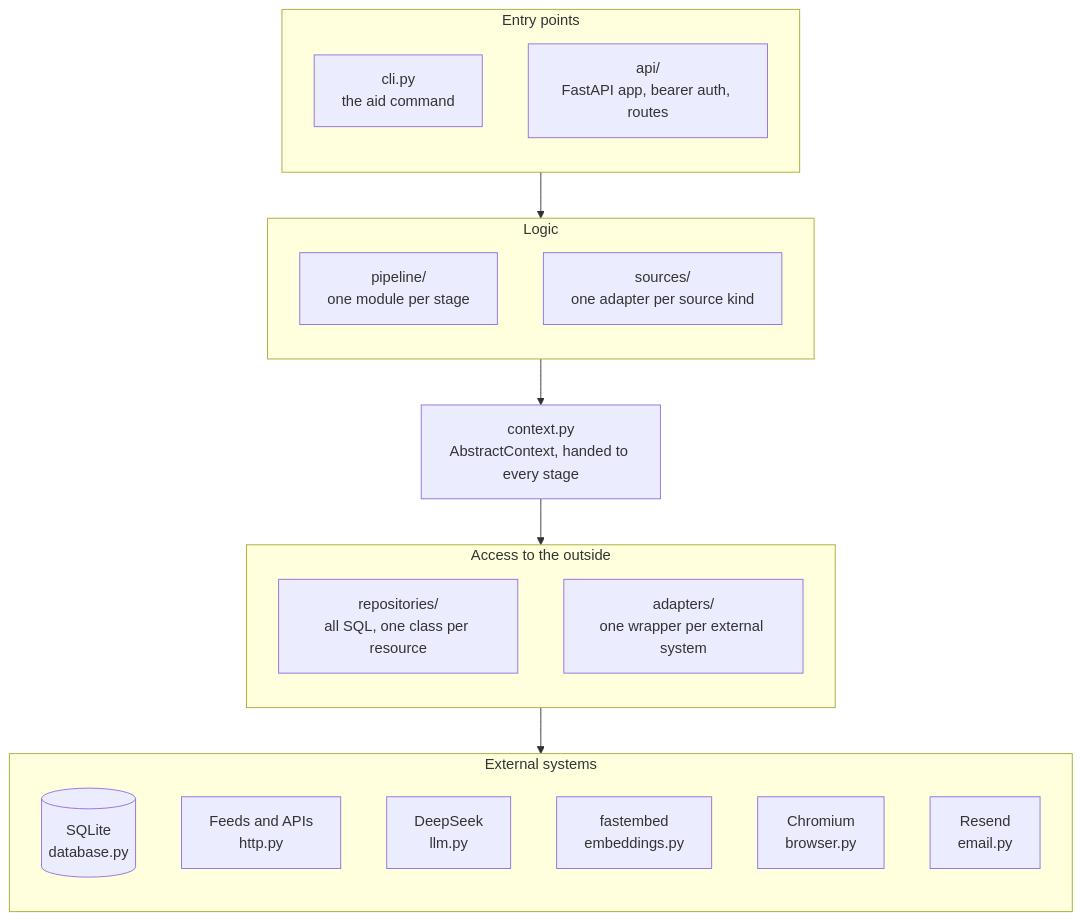
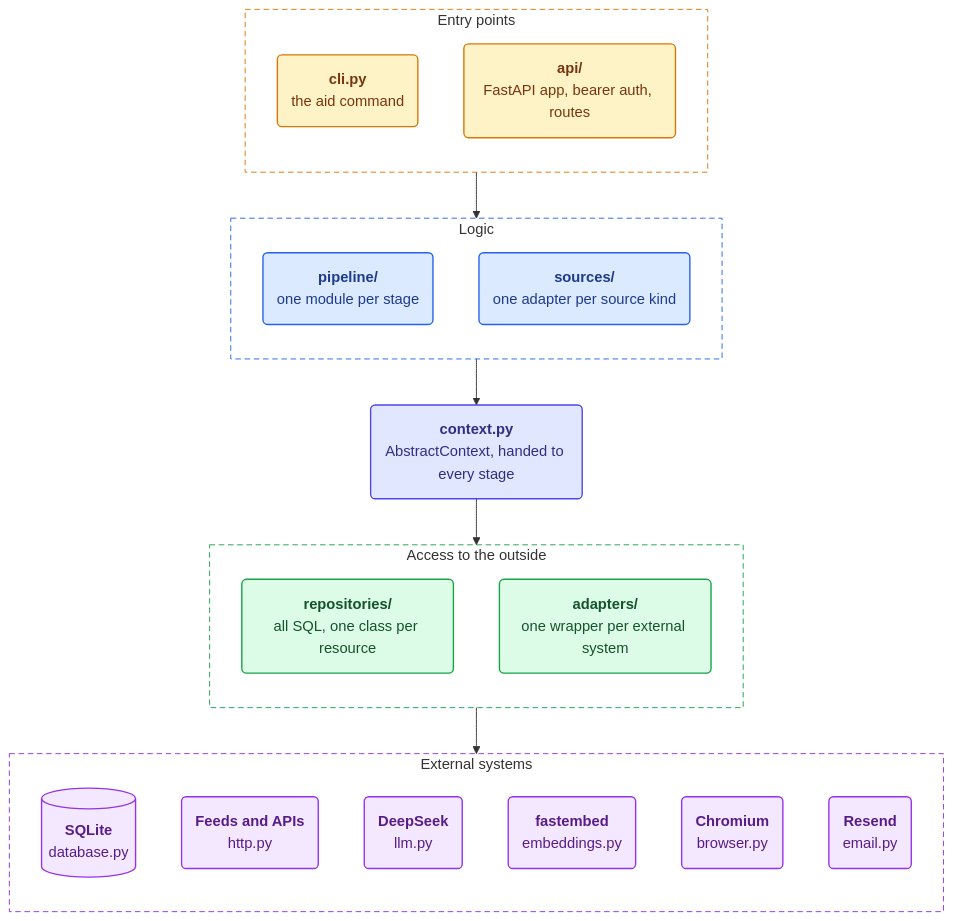
Before and after one commit to ItisHuskie777/ai-infra-daily-server: the third of 3 diagrams in README.md, drawn with Mermaid. The commit also changed other lines of this file, not shown here.

First line of the commit message:
docs: colour the architecture diagrams by role

````diff
--- a/README.md
+++ b/README.md
@@ -116,37 +150,52 @@
 ```mermaid
 flowchart TB
     subgraph ENTRY["Entry points"]
         direction TB
-        CLICMD["cli.py<br/>the aid command"]
-        HTTPAPI["api/<br/>FastAPI app, bearer auth, routes"]
+        CLICMD("<b>cli.py</b><br/>the aid command")
+        HTTPAPI("<b>api/</b><br/>FastAPI app, bearer auth, routes")
     end
 
     subgraph LOGIC["Logic"]
         direction TB
-        PIPELINE["pipeline/<br/>one module per stage"]
-        SOURCEKINDS["sources/<br/>one adapter per source kind"]
+        PIPELINE("<b>pipeline/</b><br/>one module per stage")
+        SOURCEKINDS("<b>sources/</b><br/>one adapter per source kind")
     end
 
-    CONTEXT["context.py<br/>AbstractContext, handed to every stage"]
+    CONTEXT("<b>context.py</b><br/>AbstractContext, handed to every stage")
 
     subgraph EDGE["Access to the outside"]
         direction TB
-        REPOSITORIES["repositories/<br/>all SQL, one class per resource"]
-        ADAPTERS["adapters/<br/>one wrapper per external system"]
+        REPOSITORIES("<b>repositories/</b><br/>all SQL, one class per resource")
+        ADAPTERS("<b>adapters/</b><br/>one wrapper per external system")
     end
 
     subgraph EXTERNAL["External systems"]
         direction TB
-        SQLITE[("SQLite<br/>database.py")]
-        WEB["Feeds and APIs<br/>http.py"]
-        DEEPSEEK["DeepSeek<br/>llm.py"]
-        FASTEMBED["fastembed<br/>embeddings.py"]
-        CHROMIUM["Chromium<br/>browser.py"]
-        MAIL["Resend<br/>email.py"]
+        SQLITE[("<b>SQLite</b><br/>database.py")]
+        WEB("<b>Feeds and APIs</b><br/>http.py")
+        DEEPSEEK("<b>DeepSeek</b><br/>llm.py")
+        FASTEMBED("<b>fastembed</b><br/>embeddings.py")
+        CHROMIUM("<b>Chromium</b><br/>browser.py")
+        MAIL("<b>Resend</b><br/>email.py")
     end
 
     ENTRY --> LOGIC
     LOGIC --> CONTEXT
     CONTEXT --> EDGE
     EDGE --> EXTERNAL
+
+    classDef entry fill:#fef3c7,stroke:#d97706,color:#78350f,stroke-width:1.5px
+    classDef logic fill:#dbeafe,stroke:#2563eb,color:#1e3a8a,stroke-width:1.5px
+    classDef context fill:#e0e7ff,stroke:#4f46e5,color:#312e81,stroke-width:1.5px
+    classDef edge fill:#dcfce7,stroke:#16a34a,color:#14532d,stroke-width:1.5px
+    classDef outside fill:#f3e8ff,stroke:#9333ea,color:#581c87,stroke-width:1.5px
+    class CLICMD,HTTPAPI entry
+    class PIPELINE,SOURCEKINDS logic
+    class CONTEXT context
+    class REPOSITORIES,ADAPTERS edge
+    class SQLITE,WEB,DEEPSEEK,FASTEMBED,CHROMIUM,MAIL outside
+    style ENTRY fill:transparent,stroke:#d97706,stroke-dasharray:6 4
+    style LOGIC fill:transparent,stroke:#2563eb,stroke-dasharray:6 4
+    style EDGE fill:transparent,stroke:#16a34a,stroke-dasharray:6 4
+    style EXTERNAL fill:transparent,stroke:#9333ea,stroke-dasharray:6 4
 ```
````
